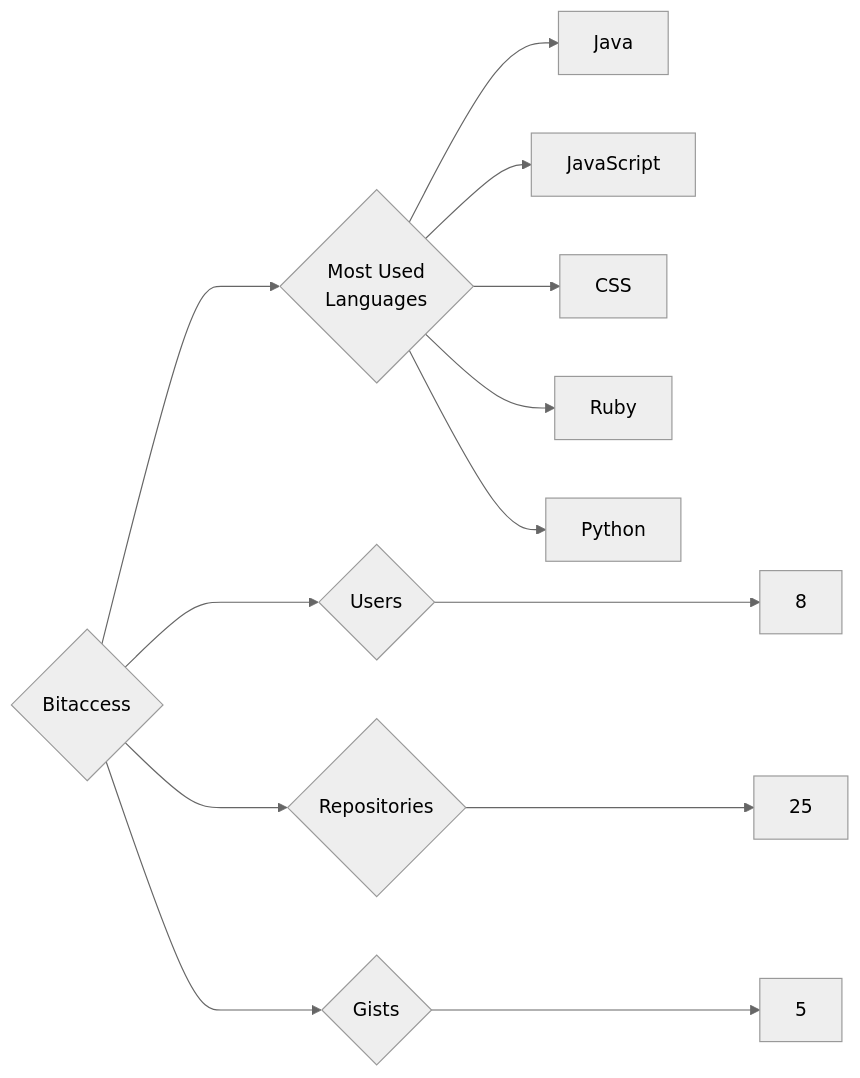
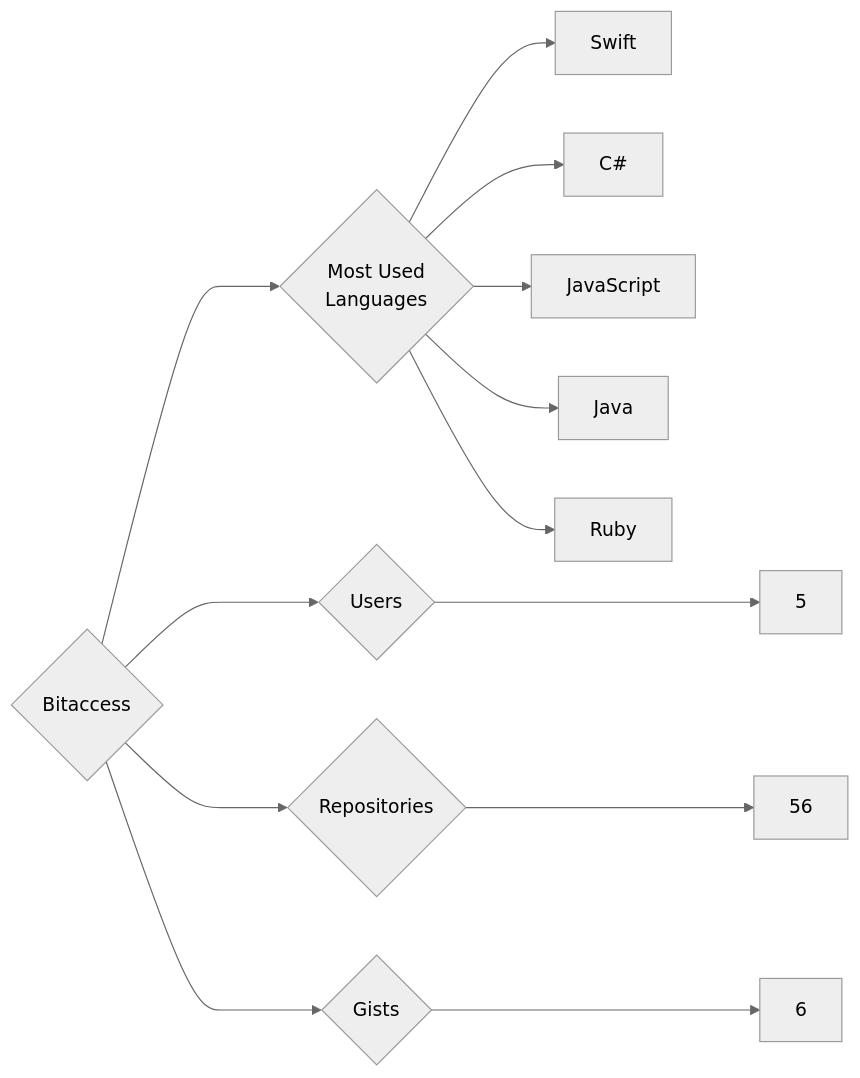
One commit to trickest/insiders changed the diagram in targets/Bitaccess/README.md. Above: the diagram before and after it, drawn with Mermaid (neutral theme). The commit also changed 1089 other files, not shown here.

````diff
--- a/targets/Bitaccess/README.md
+++ b/targets/Bitaccess/README.md
@@ -3,13 +3,13 @@
 ```mermaid
 graph LR
 COMPANY_NAME{Bitaccess}
-COMPANY_NAME ---> U{Users} ---> UN[8]
-COMPANY_NAME ---> R{Repositories} ---> RN[25]
-COMPANY_NAME ---> G{Gists} ---> GN[5]
+COMPANY_NAME ---> U{Users} ---> UN[5]
+COMPANY_NAME ---> R{Repositories} ---> RN[56]
+COMPANY_NAME ---> G{Gists} ---> GN[6]
 COMPANY_NAME ---> ML{Most Used<br>Languages}
+ML --> Swift[Swift]
+ML --> C#[C#]
+ML --> JavaScript[JavaScript]
 ML --> Java[Java]
-ML --> JavaScript[JavaScript]
-ML --> CSS[CSS]
 ML --> Ruby[Ruby]
-ML --> Python[Python]
 ```
````
